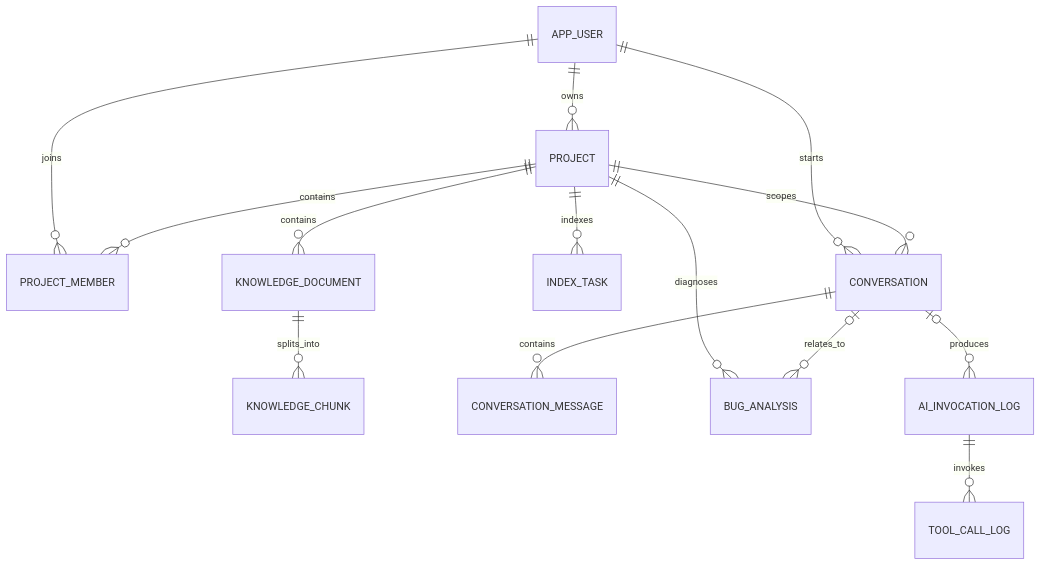
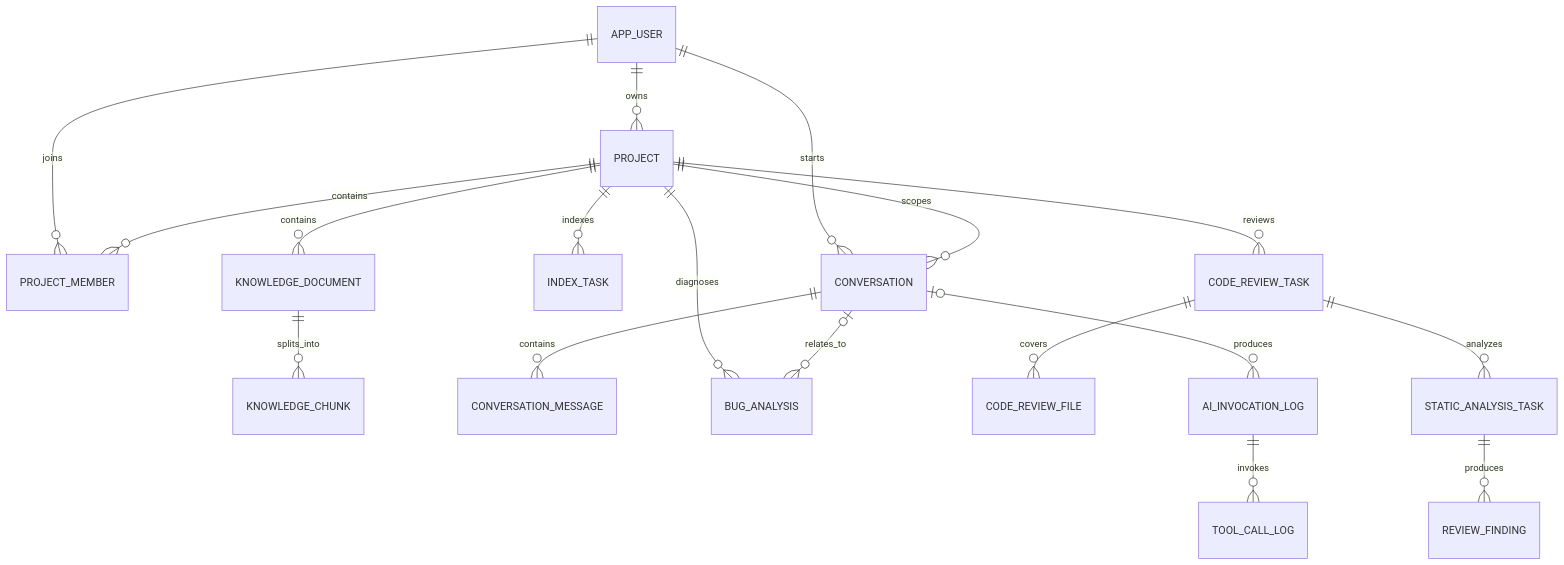
One commit to MMDXTMM/devmate-ai changed the first of 2 diagrams in docs/DATABASE_DESIGN.md. Above: the diagram before and after it, drawn with Mermaid. The commit also changed other lines of this file and 36 other files, not shown here.

Commit message:
feat: add deterministic static analysis

````diff
--- a/docs/DATABASE_DESIGN.md
+++ b/docs/DATABASE_DESIGN.md
@@ -22,16 +22,20 @@
 ```mermaid
 erDiagram
     APP_USER ||--o{ PROJECT : owns
     APP_USER ||--o{ PROJECT_MEMBER : joins
     PROJECT ||--o{ PROJECT_MEMBER : contains
     PROJECT ||--o{ KNOWLEDGE_DOCUMENT : contains
     KNOWLEDGE_DOCUMENT ||--o{ KNOWLEDGE_CHUNK : splits_into
     PROJECT ||--o{ INDEX_TASK : indexes
     APP_USER ||--o{ CONVERSATION : starts
     PROJECT ||--o{ CONVERSATION : scopes
     CONVERSATION ||--o{ CONVERSATION_MESSAGE : contains
     PROJECT ||--o{ BUG_ANALYSIS : diagnoses
+    PROJECT ||--o{ CODE_REVIEW_TASK : reviews
+    CODE_REVIEW_TASK ||--o{ CODE_REVIEW_FILE : covers
+    CODE_REVIEW_TASK ||--o{ STATIC_ANALYSIS_TASK : analyzes
+    STATIC_ANALYSIS_TASK ||--o{ REVIEW_FINDING : produces
     CONVERSATION o|--o{ BUG_ANALYSIS : relates_to
     CONVERSATION o|--o{ AI_INVOCATION_LOG : produces
     AI_INVOCATION_LOG ||--o{ TOOL_CALL_LOG : invokes
 ```
````
